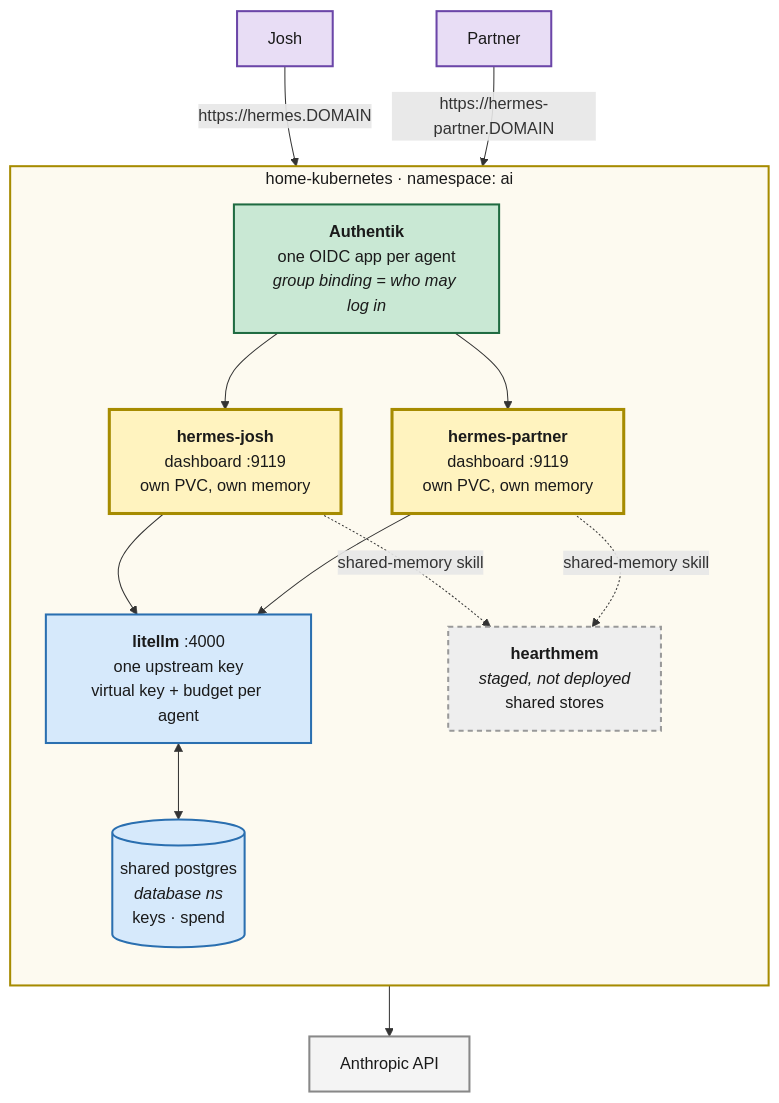
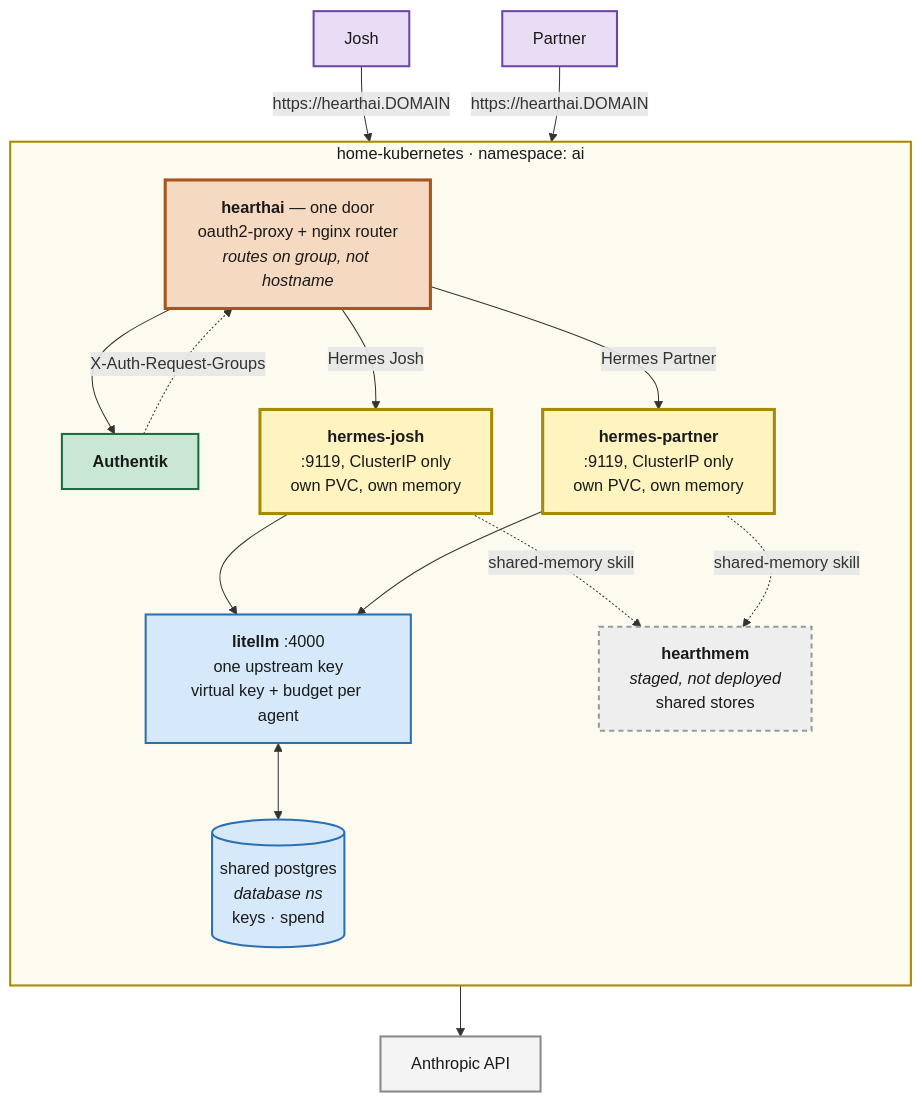
Before and after one commit to jokajak/home-ops: the diagram in docs/plans/2026-08-24-hermes-household-agents.md, drawn with Mermaid. The commit also changed other lines of this file and 19 other files, not shown here.

First line of the commit message:
feat(ai): one household door, routed by who logged in

````diff
--- a/docs/plans/2026-08-24-hermes-household-agents.md
+++ b/docs/plans/2026-08-24-hermes-household-agents.md
@@ -28,36 +28,39 @@
 ```mermaid
 flowchart TB
     J["Josh"]:::person
     P["Partner"]:::person
 
     subgraph CLUSTER["home-kubernetes · namespace: ai"]
         direction TB
-        AUTH["<b>Authentik</b><br/>one OIDC app per agent<br/><i>group binding = who may log in</i>"]:::auth
-        HJ["<b>hermes-josh</b><br/>dashboard :9119<br/>own PVC, own memory"]:::agent
-        HP["<b>hermes-partner</b><br/>dashboard :9119<br/>own PVC, own memory"]:::agent
+        DOOR["<b>hearthai</b> — one door<br/>oauth2-proxy + nginx router<br/><i>routes on group, not hostname</i>"]:::door
+        AUTH["<b>Authentik</b>"]:::auth
+        HJ["<b>hermes-josh</b><br/>:9119, ClusterIP only<br/>own PVC, own memory"]:::agent
+        HP["<b>hermes-partner</b><br/>:9119, ClusterIP only<br/>own PVC, own memory"]:::agent
         LL["<b>litellm</b> :4000<br/>one upstream key<br/>virtual key + budget per agent"]:::infra
         DB[("shared postgres<br/><i>database ns</i><br/>keys · spend")]:::infra
         HM["<b>hearthmem</b><br/><i>staged, not deployed</i><br/>shared stores"]:::staged
     end
 
     ANTH["Anthropic API"]:::ext
 
-    J -->|"https://hermes.DOMAIN"| AUTH
-    P -->|"https://hermes-partner.DOMAIN"| AUTH
-    AUTH --> HJ
-    AUTH --> HP
+    J & P -->|"https://hearthai.DOMAIN"| DOOR
+    DOOR --> AUTH
+    AUTH -.->|"X-Auth-Request-Groups"| DOOR
+    DOOR -->|"Hermes Josh"| HJ
+    DOOR -->|"Hermes Partner"| HP
     HJ --> LL
     HP --> LL
     LL <--> DB
     LL --> ANTH
     HJ -. "shared-memory skill" .-> HM
     HP -. "shared-memory skill" .-> HM
 
     classDef person fill:#e8ddf5,stroke:#6b46a8,stroke-width:2px,color:#1a1a1a
     classDef agent fill:#fff3bf,stroke:#a68b00,stroke-width:3px,color:#1a1a1a
     classDef infra fill:#d6e9fb,stroke:#2a6fb0,stroke-width:2px,color:#1a1a1a
+    classDef door fill:#f5d9c0,stroke:#a8541f,stroke-width:3px,color:#1a1a1a
     classDef auth fill:#c9e8d4,stroke:#1f6b41,stroke-width:2px,color:#1a1a1a
     classDef staged fill:#eeeeee,stroke:#999999,stroke-width:2px,stroke-dasharray:5 4,color:#1a1a1a
     classDef ext fill:#f4f4f4,stroke:#888888,stroke-width:2px,color:#1a1a1a
     style CLUSTER fill:#fdfaf0,stroke:#a68b00,stroke-width:2px,color:#1a1a1a
 ```
````
